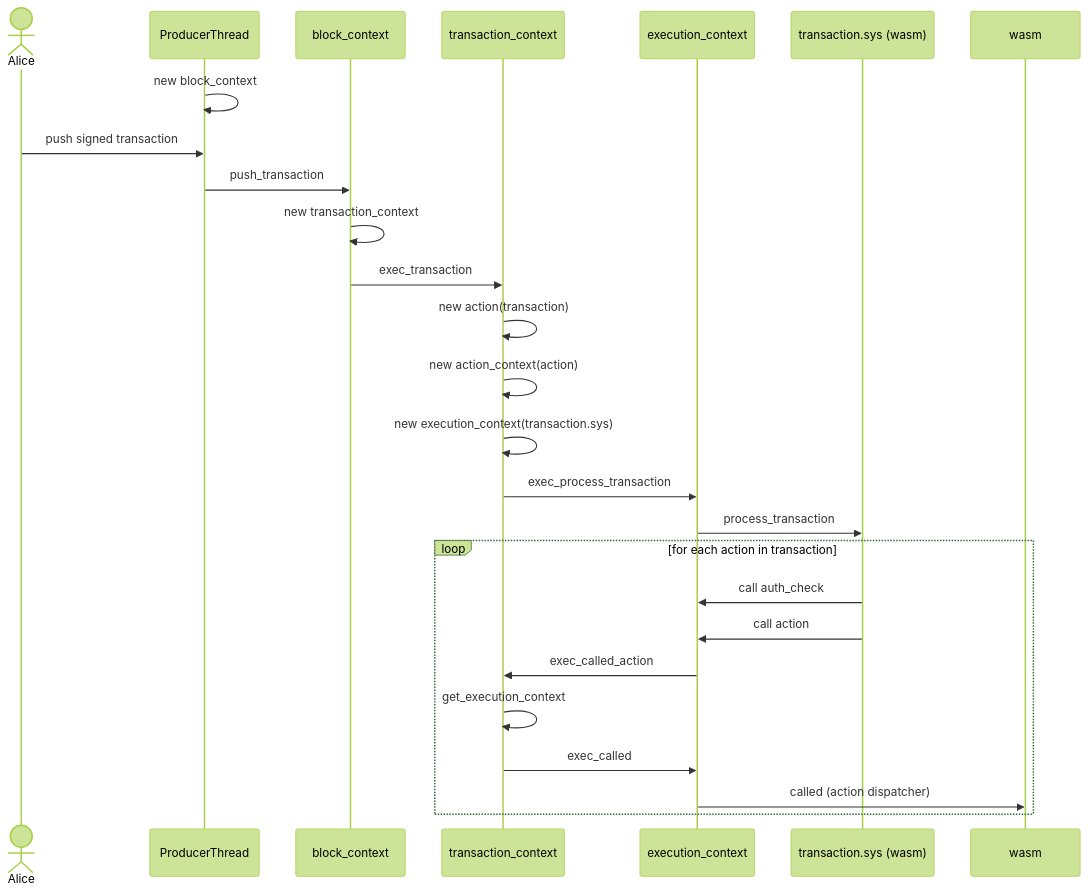
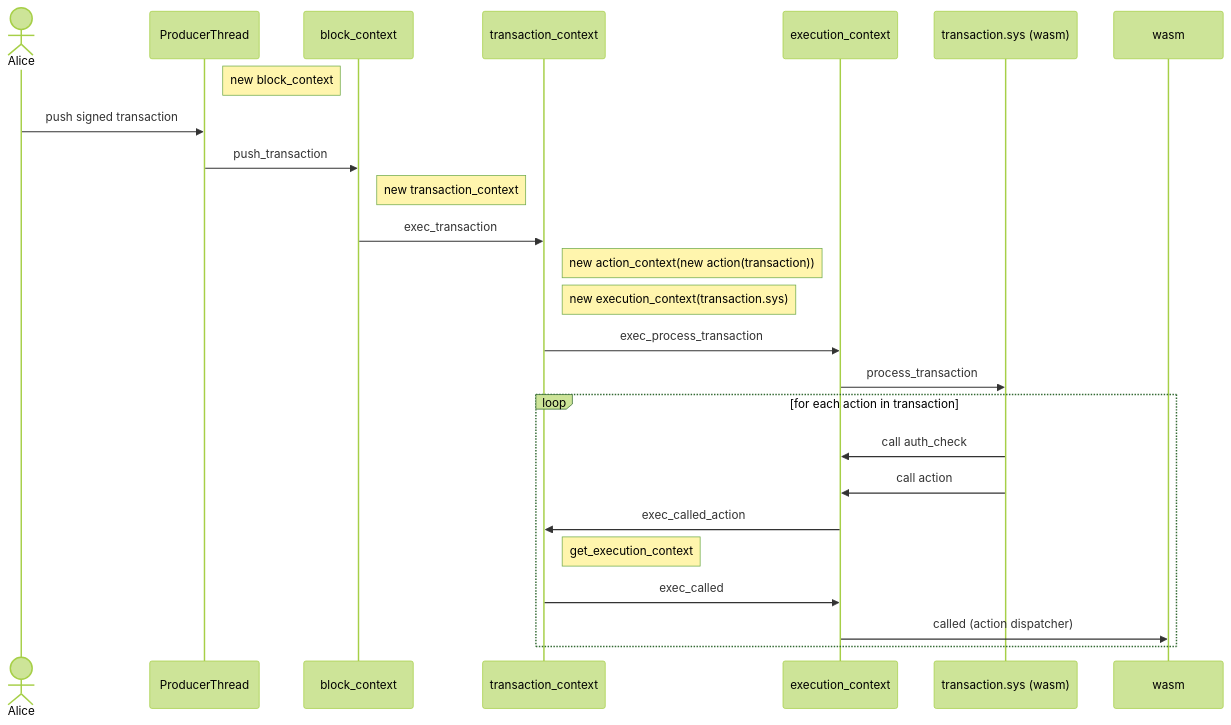
One commit to gofractally/psibase changed the diagram in transaction_execution.md. Above: the diagram before and after it, drawn with Mermaid (forest theme).

Commit message:
update formatting

````diff
--- a/transaction_execution.md
+++ b/transaction_execution.md
@@ -53,27 +53,27 @@
 ```mermaid
 sequenceDiagram
     actor Alice
     participant ProducerThread
     participant block_context
     participant transaction_context
     participant execution_context
     participant transaction.sys (wasm)
-    ProducerThread->>ProducerThread: new block_context
+
+    note right of ProducerThread: new block_context
     Alice->>ProducerThread: push signed transaction
     ProducerThread->>block_context: push_transaction
-    block_context->>block_context: new transaction_context
+    note right of block_context: new transaction_context
     block_context->>transaction_context: exec_transaction
-    transaction_context->>transaction_context: new action(transaction)
-    transaction_context->>transaction_context: new action_context(action)
-    transaction_context->>transaction_context: new execution_context(transaction.sys)
+    note right of transaction_context: new action_context(new action(transaction))
+    note right of transaction_context: new execution_context(transaction.sys)
     transaction_context->>execution_context: exec_process_transaction
     execution_context->>transaction.sys (wasm): process_transaction
     loop for each action in transaction
         transaction.sys (wasm)->>execution_context: call auth_check
         transaction.sys (wasm)->>execution_context: call action
         execution_context->>transaction_context: exec_called_action
-        transaction_context->>transaction_context: get_execution_context
+        note right of transaction_context: get_execution_context
         transaction_context->>execution_context: exec_called 
         execution_context->>wasm: called (action dispatcher)
     end
 ```
````
